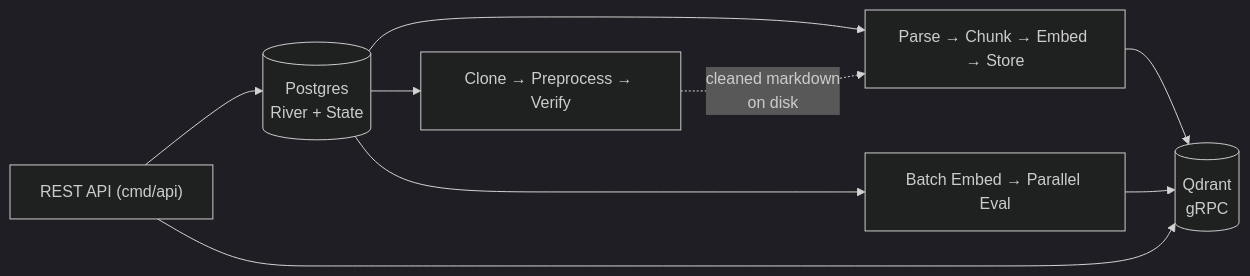
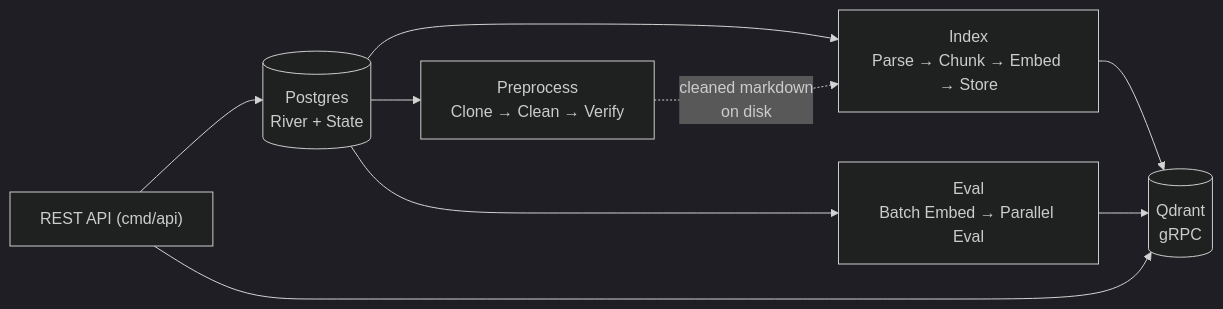
The diagram in README.md (kaushik2901/raglab), drawn with Mermaid (dark theme) before and after one commit. The commit also changed other lines of this file and 4 other files, not shown here.

````diff
--- a/README.md
+++ b/README.md
@@ -28,11 +30,11 @@
 ```mermaid
 flowchart LR
     API["REST API (cmd/api)"] --> PG[("Postgres<br/>River + State")]
-    PG --> PREW["Clone → Preprocess → Verify"]
-    PG --> INDW["Parse → Chunk → Embed → Store"]
-    PG --> EVALW["Batch Embed → Parallel Eval"]
+    PG --> PREW["Preprocess<br/>Clone → Clean → Verify"]
+    PG --> INDW["Index<br/>Parse → Chunk → Embed → Store"]
+    PG --> EVALW["Eval<br/>Batch Embed → Parallel Eval"]
     INDW --> QDRANT[("Qdrant<br/>gRPC")]
     PREW -.->|cleaned markdown<br/>on disk| INDW
     EVALW --> QDRANT
     API --> QDRANT
 ```
````
